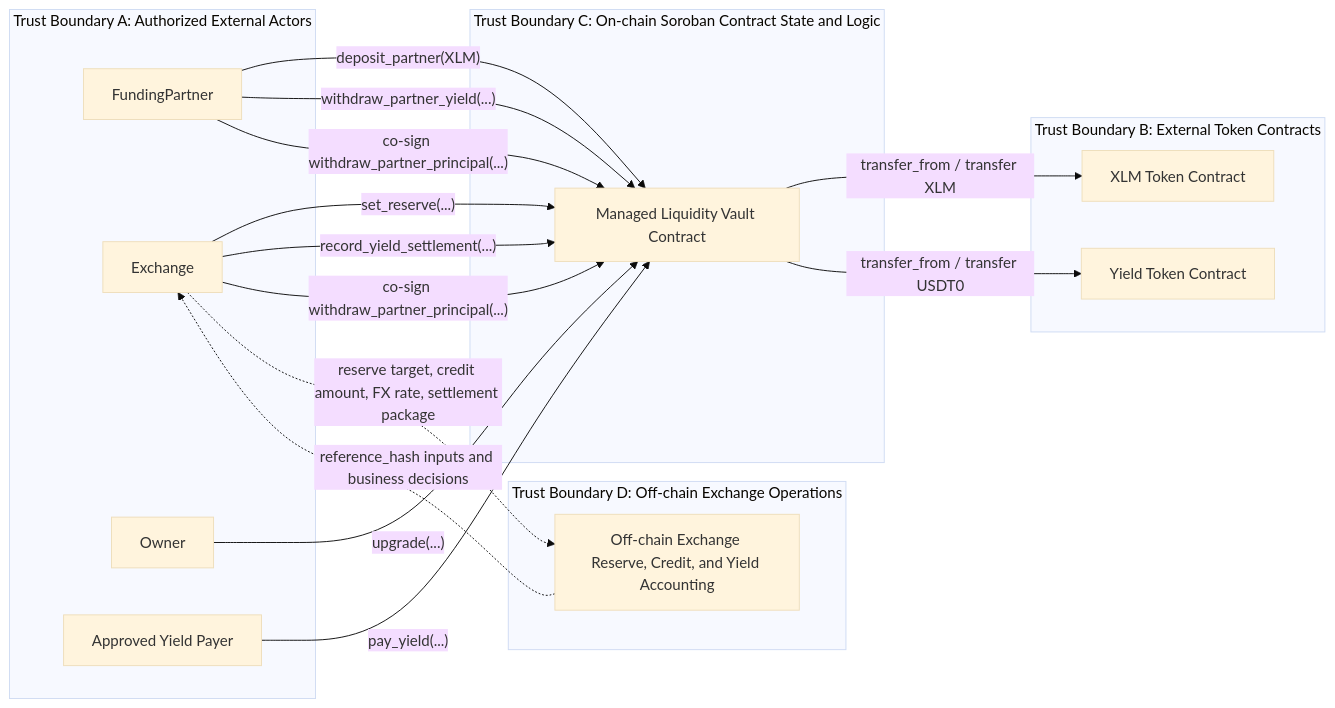
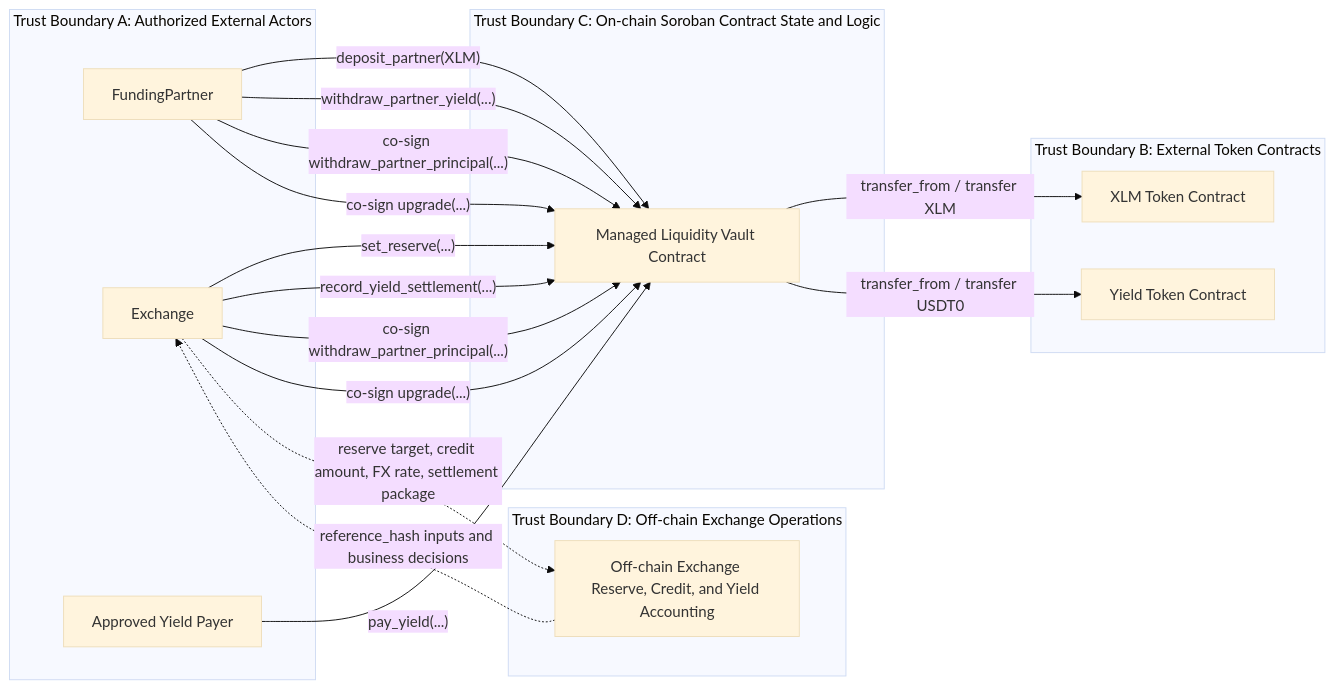
Before and after one commit to rails-xyz/soroban-rollup-contract: the diagram in contracts/managed_liquidity_vault/src/stride-threat-model.md, drawn with Mermaid (base theme). The commit also changed other lines of this file and 19 other files, not shown here.

Commit message:
Remove Owner from vault and update STRIDE doc

````diff
--- a/contracts/managed_liquidity_vault/src/stride-threat-model.md
+++ b/contracts/managed_liquidity_vault/src/stride-threat-model.md
@@ -40,44 +39,43 @@
 ```mermaid
 flowchart LR
     FP["FundingPartner"]
     EX["Exchange"]
-    OW["Owner"]
     XP["XLM Token Contract"]
     YP["Yield Token Contract"]
     VAULT["Managed Liquidity Vault Contract"]
     OPS["Off-chain Exchange Reserve, Credit, and Yield Accounting"]
     PAYER["Approved Yield Payer"]
 
     subgraph TB1["Trust Boundary A: Authorized External Actors"]
         FP
         EX
-        OW
         PAYER
     end
 
     subgraph TB2["Trust Boundary B: External Token Contracts"]
         XP
         YP
     end
 
     subgraph TB3["Trust Boundary C: On-chain Soroban Contract State and Logic"]
         VAULT
     end
 
     subgraph TB4["Trust Boundary D: Off-chain Exchange Operations"]
         OPS
     end
 
     FP -->|"deposit_partner(XLM)"| VAULT
     VAULT -->|"transfer_from / transfer XLM"| XP
     EX -->|"set_reserve(...)"| VAULT
     EX -->|"record_yield_settlement(...)"| VAULT
     PAYER -->|"pay_yield(...)"| VAULT
     VAULT -->|"transfer_from / transfer USDT0"| YP
     FP -->|"withdraw_partner_yield(...)"| VAULT
     FP -->|"co-sign withdraw_partner_principal(...)"| VAULT
     EX -->|"co-sign withdraw_partner_principal(...)"| VAULT
-    OW -->|"upgrade(...)"| VAULT
+    EX -->|"co-sign upgrade(...)"| VAULT
+    FP -->|"co-sign upgrade(...)"| VAULT
     EX -.->|"reserve target, credit amount, FX rate, settlement package"| OPS
     OPS -.->|"reference_hash inputs and business decisions"| EX
 ```
````
